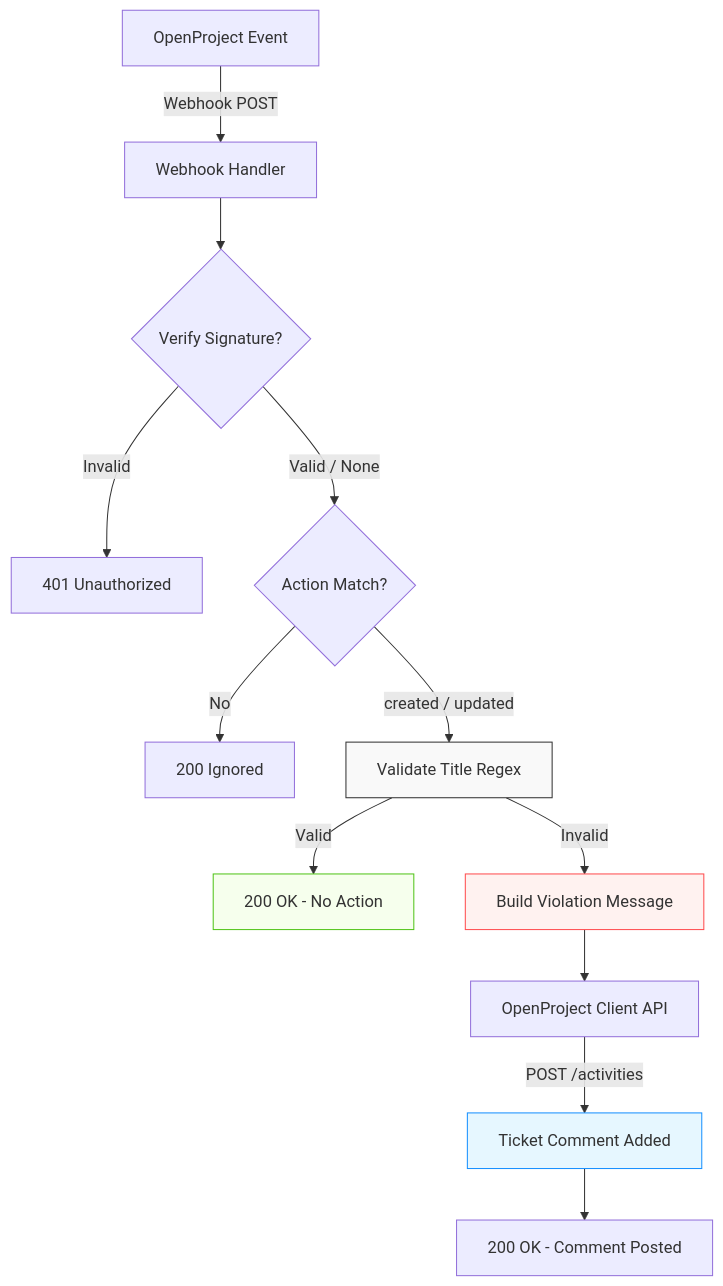
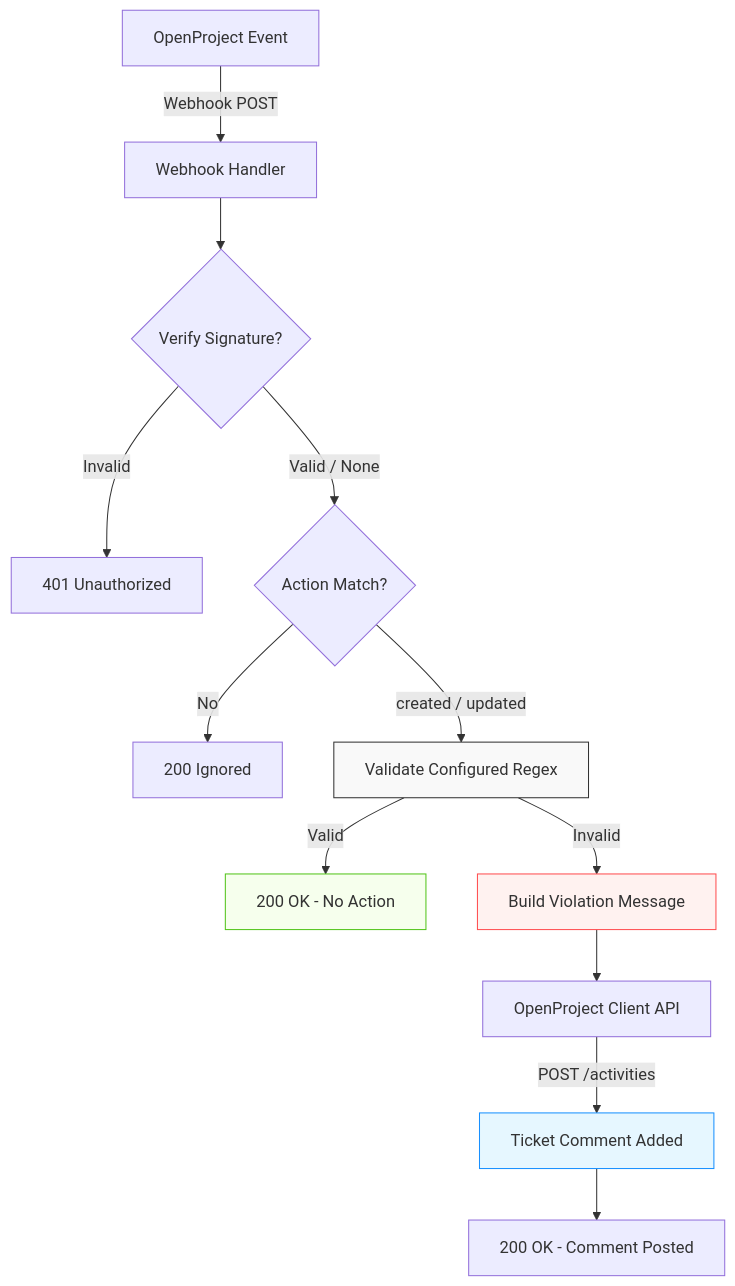
One commit to khw315/openproject-title-validator changed the second of 2 diagrams in README.md. Above: the diagram before and after it, drawn with Mermaid. The commit also changed other lines of this file and 8 other files, not shown here.

````diff
--- a/README.md
+++ b/README.md
@@ -260,19 +268,19 @@
 ```mermaid
 flowchart TD
     A[OpenProject Event] -->|Webhook POST| B[Webhook Handler]
     B --> C{Verify Signature?}
     C -->|Invalid| D[401 Unauthorized]
     C -->|Valid / None| E{Action Match?}
     E -->|No| F[200 Ignored]
-    E -->|created / updated| G[Validate Title Regex]
+    E -->|created / updated| G[Validate Configured Regex]
     G -->|Valid| H[200 OK - No Action]
     G -->|Invalid| I[Build Violation Message]
     I --> J[OpenProject Client API]
     J -->|POST /activities| K[Ticket Comment Added]
     K --> L[200 OK - Comment Posted]
 
     style G fill:#f9f9f9,stroke:#333,stroke-width:1px
     style I fill:#fff2f0,stroke:#ff4d4f,stroke-width:1px
     style H fill:#f6ffed,stroke:#52c41a,stroke-width:1px
     style K fill:#e6f7ff,stroke:#1890ff,stroke-width:1px
 ```
````
